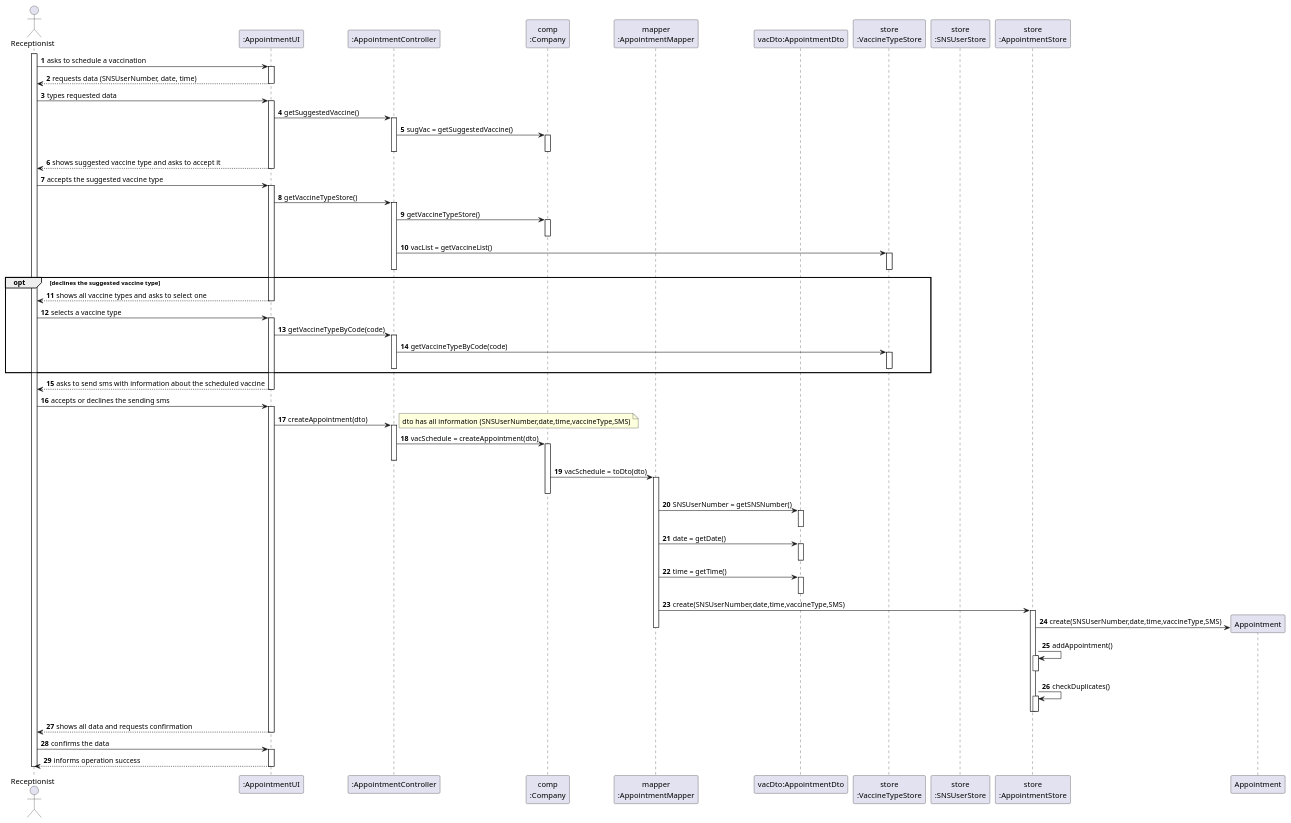
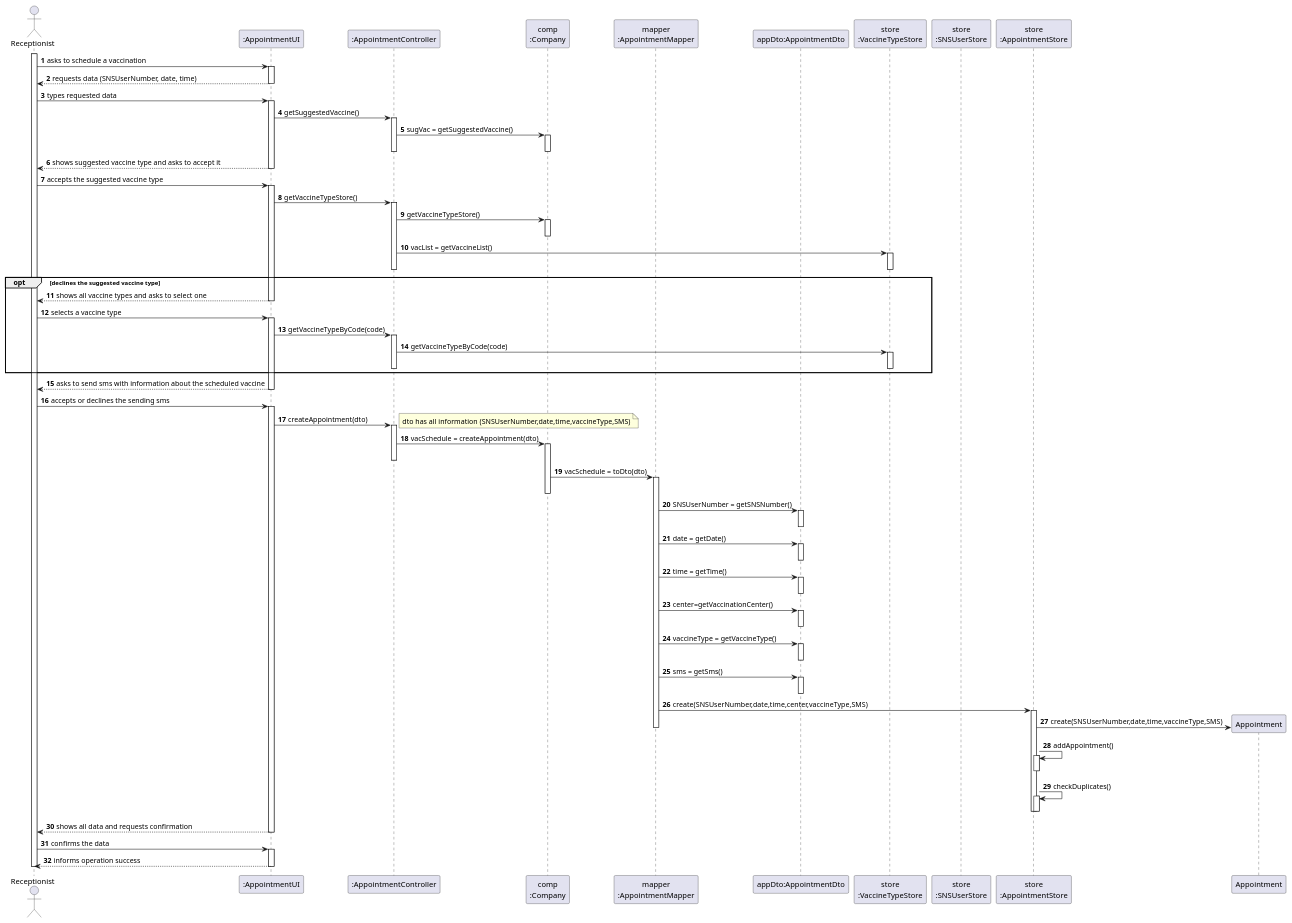
Before and after one commit to miseEnPlace-i/lapr2: the diagram in docs/SprintC/US02/SD/US02_SD.puml, drawn with PlantUML.

Commit message:
docs(US02): updated SD ( added missing getters)

```diff
--- a/docs/SprintC/US02/SD/US02_SD.puml
+++ b/docs/SprintC/US02/SD/US02_SD.puml
@@ -1,126 +1,137 @@
 @startuml US02_SD
 autonumber
 'hide footbox
 actor "Receptionist" as RECEPT
 
 participant ":AppointmentUI" as UI
 participant ":AppointmentController" as CTRL
 participant "comp\n:Company" as COMP
 participant "mapper\n:AppointmentMapper" as MAPPER
-participant "vacDto:AppointmentDto" as DTO
+participant "appDto:AppointmentDto" as DTO
 participant "store\n:VaccineTypeStore" as VACSTORE
 participant "store\n:SNSUserStore" as SNSSTORE
 participant "store\n:AppointmentStore" as APPSTORE
 
 activate RECEPT
 RECEPT -> UI : asks to schedule a vaccination
 activate UI
 
 UI --> RECEPT : requests data (SNSUserNumber, date, time)
 deactivate UI
 
 RECEPT -> UI : types requested data
 activate UI
 
 UI -> CTRL : getSuggestedVaccine()
 activate CTRL
 
 CTRL -> COMP : sugVac = getSuggestedVaccine()
 activate COMP
 deactivate CTRL
 deactivate COMP
 
 UI --> RECEPT : shows suggested vaccine type and asks to accept it
 deactivate UI
 
 RECEPT -> UI : accepts the suggested vaccine type
 activate UI
 
 UI -> CTRL : getVaccineTypeStore()
 activate CTRL
 
 CTRL -> COMP : getVaccineTypeStore()
 activate COMP
 deactivate COMP
 
 CTRL -> VACSTORE : vacList = getVaccineList()
 activate VACSTORE
 deactivate VACSTORE
 deactivate CTRL
 
 
 opt declines the suggested vaccine type
 UI --> RECEPT : shows all vaccine types and asks to select one
 deactivate UI
 
 RECEPT -> UI : selects a vaccine type
 activate UI
 
 UI -> CTRL : getVaccineTypeByCode(code)
 activate CTRL
 
 CTRL -> VACSTORE : getVaccineTypeByCode(code)
 activate VACSTORE
 deactivate VACSTORE
 deactivate CTRL
 end
 
 UI --> RECEPT : asks to send sms with information about the scheduled vaccine
 deactivate UI
 RECEPT -> UI : accepts or declines the sending sms
 activate UI
 
 UI -> CTRL : createAppointment(dto)
 activate CTRL
 
 note right 
 dto has all information (SNSUserNumber,date,time,vaccineType,SMS)
 end note
 CTRL -> COMP : vacSchedule = createAppointment(dto)
 activate COMP
 deactivate CTRL
 
 COMP -> MAPPER : vacSchedule = toDto(dto)
 activate MAPPER
 deactivate COMP
 
 MAPPER -> DTO : SNSUserNumber = getSNSNumber()
 activate DTO
 deactivate DTO
 
 MAPPER -> DTO : date = getDate()
 activate DTO
 deactivate DTO
 
 MAPPER -> DTO : time = getTime()
 activate DTO
 deactivate DTO
+
+MAPPER -> DTO : center=getVaccinationCenter()
+activate DTO
+deactivate DTO
+
+MAPPER -> DTO : vaccineType = getVaccineType()
+activate DTO
+deactivate DTO
+
+MAPPER -> DTO : sms = getSms() 
+activate DTO
+deactivate DTO
 deactivate CTRL
 
-MAPPER -> APPSTORE : create(SNSUserNumber,date,time,vaccineType,SMS)
+MAPPER -> APPSTORE : create(SNSUserNumber,date,time,center,vaccineType,SMS)
 activate APPSTORE
 
 APPSTORE -> Appointment** : create(SNSUserNumber,date,time,vaccineType,SMS)
 deactivate MAPPER
 
 APPSTORE -> APPSTORE : addAppointment()
 activate APPSTORE
 deactivate APPSTORE
 
 APPSTORE -> APPSTORE : checkDuplicates()
 activate APPSTORE
 deactivate APPSTORE
 deactivate APPSTORE
 
 UI --> RECEPT : shows all data and requests confirmation
 deactivate UI
 RECEPT -> UI : confirms the data
 activate UI
 
-
 UI --> RECEPT : informs operation success
 deactivate UI
 
 deactivate RECEPT
 
 @enduml
```
